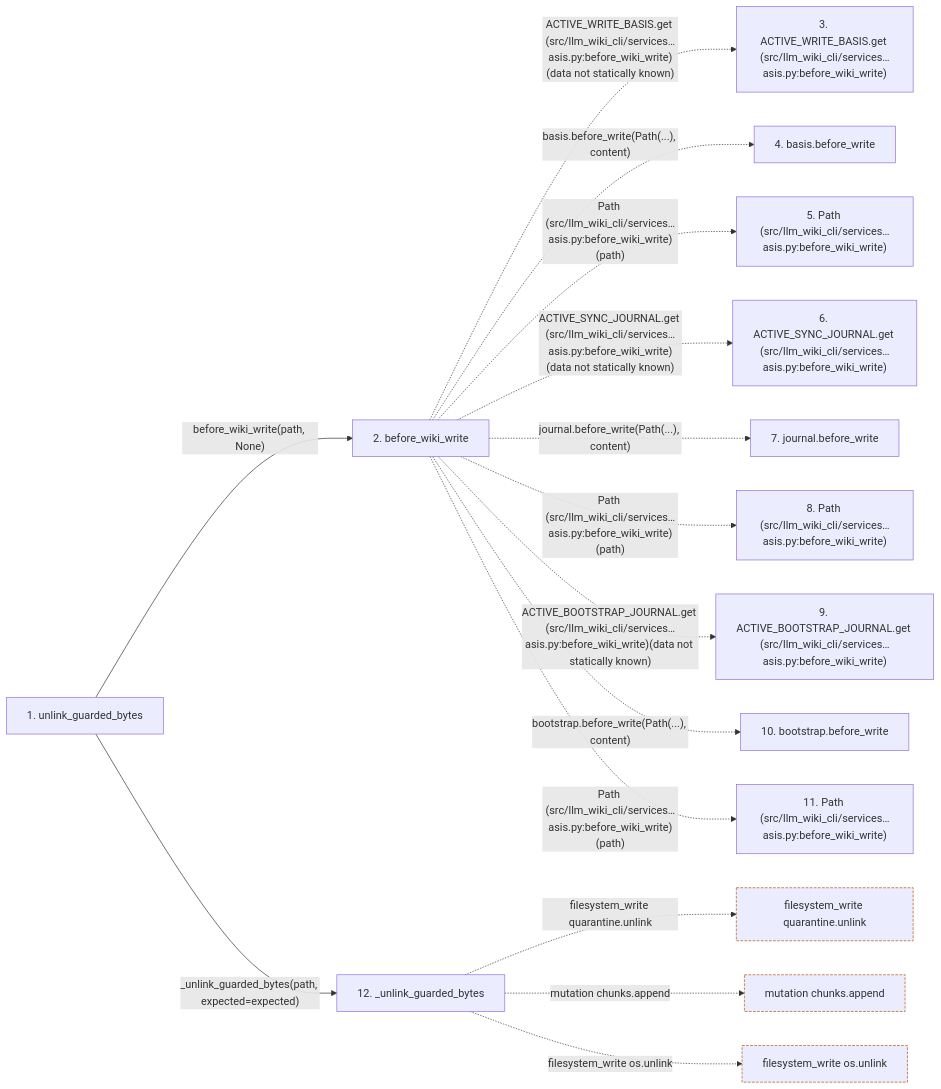
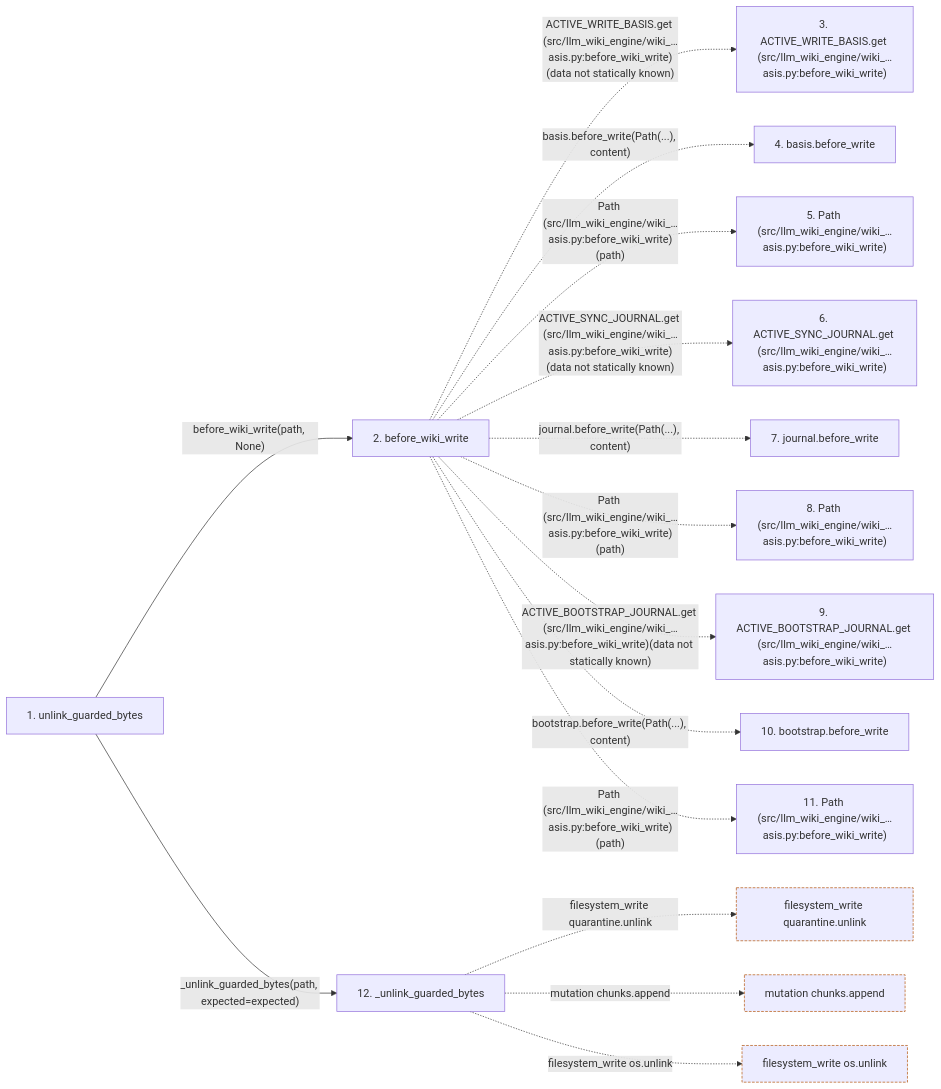
The second of 2 diagrams in docs/llm_wiki/flows/api-unlink_guarded_bytes.md (Denissvgn/python-wiki-llm), drawn with Mermaid before and after one commit. The commit also changed other lines of this file and 739 other files, not shown here.

First line of the commit message:
docs: refresh the wiki for the second engine batch

````diff
--- a/docs/llm_wiki/flows/api-unlink_guarded_bytes.md
+++ b/docs/llm_wiki/flows/api-unlink_guarded_bytes.md
@@ -129,39 +129,39 @@
 ```mermaid
 flowchart LR
     s1["1. unlink_guarded_bytes"]
     s2["2. before_wiki_write"]
-    s3["3. ACTIVE_WRITE_BASIS.get (src/llm_wiki_cli/services…asis.py:before_wiki_write)"]
+    s3["3. ACTIVE_WRITE_BASIS.get (src/llm_wiki_engine/wiki_…asis.py:before_wiki_write)"]
     s4["4. basis.before_write"]
-    s5["5. Path (src/llm_wiki_cli/services…asis.py:before_wiki_write)"]
-    s6["6. ACTIVE_SYNC_JOURNAL.get (src/llm_wiki_cli/services…asis.py:before_wiki_write)"]
+    s5["5. Path (src/llm_wiki_engine/wiki_…asis.py:before_wiki_write)"]
+    s6["6. ACTIVE_SYNC_JOURNAL.get (src/llm_wiki_engine/wiki_…asis.py:before_wiki_write)"]
     s7["7. journal.before_write"]
-    s8["8. Path (src/llm_wiki_cli/services…asis.py:before_wiki_write)"]
-    s9["9. ACTIVE_BOOTSTRAP_JOURNAL.get (src/llm_wiki_cli/services…asis.py:before_wiki_write)"]
+    s8["8. Path (src/llm_wiki_engine/wiki_…asis.py:before_wiki_write)"]
+    s9["9. ACTIVE_BOOTSTRAP_JOURNAL.get (src/llm_wiki_engine/wiki_…asis.py:before_wiki_write)"]
     s10["10. bootstrap.before_write"]
-    s11["11. Path (src/llm_wiki_cli/services…asis.py:before_wiki_write)"]
+    s11["11. Path (src/llm_wiki_engine/wiki_…asis.py:before_wiki_write)"]
     s12["12. _unlink_guarded_bytes"]
     s1 -->|"before_wiki_write(path, None)"| s2
-    s2 -. "ACTIVE_WRITE_BASIS.get (src/llm_wiki_cli/services…asis.py:before_wiki_write)(data not statically known)" .-> s3
+    s2 -. "ACTIVE_WRITE_BASIS.get (src/llm_wiki_engine/wiki_…asis.py:before_wiki_write)(data not statically known)" .-> s3
     s2 -. "basis.before_write(Path(...), content)" .-> s4
-    s2 -. "Path (src/llm_wiki_cli/services…asis.py:before_wiki_write)(path)" .-> s5
-    s2 -. "ACTIVE_SYNC_JOURNAL.get (src/llm_wiki_cli/services…asis.py:before_wiki_write)(data not statically known)" .-> s6
+    s2 -. "Path (src/llm_wiki_engine/wiki_…asis.py:before_wiki_write)(path)" .-> s5
+    s2 -. "ACTIVE_SYNC_JOURNAL.get (src/llm_wiki_engine/wiki_…asis.py:before_wiki_write)(data not statically known)" .-> s6
     s2 -. "journal.before_write(Path(...), content)" .-> s7
-    s2 -. "Path (src/llm_wiki_cli/services…asis.py:before_wiki_write)(path)" .-> s8
-    s2 -. "ACTIVE_BOOTSTRAP_JOURNAL.get (src/llm_wiki_cli/services…asis.py:before_wiki_write)(data not statically known)" .-> s9
+    s2 -. "Path (src/llm_wiki_engine/wiki_…asis.py:before_wiki_write)(path)" .-> s8
+    s2 -. "ACTIVE_BOOTSTRAP_JOURNAL.get (src/llm_wiki_engine/wiki_…asis.py:before_wiki_write)(data not statically known)" .-> s9
     s2 -. "bootstrap.before_write(Path(...), content)" .-> s10
-    s2 -. "Path (src/llm_wiki_cli/services…asis.py:before_wiki_write)(path)" .-> s11
+    s2 -. "Path (src/llm_wiki_engine/wiki_…asis.py:before_wiki_write)(path)" .-> s11
     s1 -->|"_unlink_guarded_bytes(path, expected=expected)"| s12
     b0["filesystem_write quarantine.unlink"]
     s12 -. "filesystem_write quarantine.unlink" .-> b0
     b1["mutation chunks.append"]
     s12 -. "mutation chunks.append" .-> b1
     b2["filesystem_write os.unlink"]
     s12 -. "filesystem_write os.unlink" .-> b2
     click s1 "../modules/filesystem_guard.md"
     click s2 "../modules/wiki_write_basis.md"
     click s12 "../modules/filesystem_guard.md"
     classDef boundary stroke:#b45309,stroke-dasharray: 4 2
     class b0 boundary
     class b1 boundary
     class b2 boundary
 ```
````
